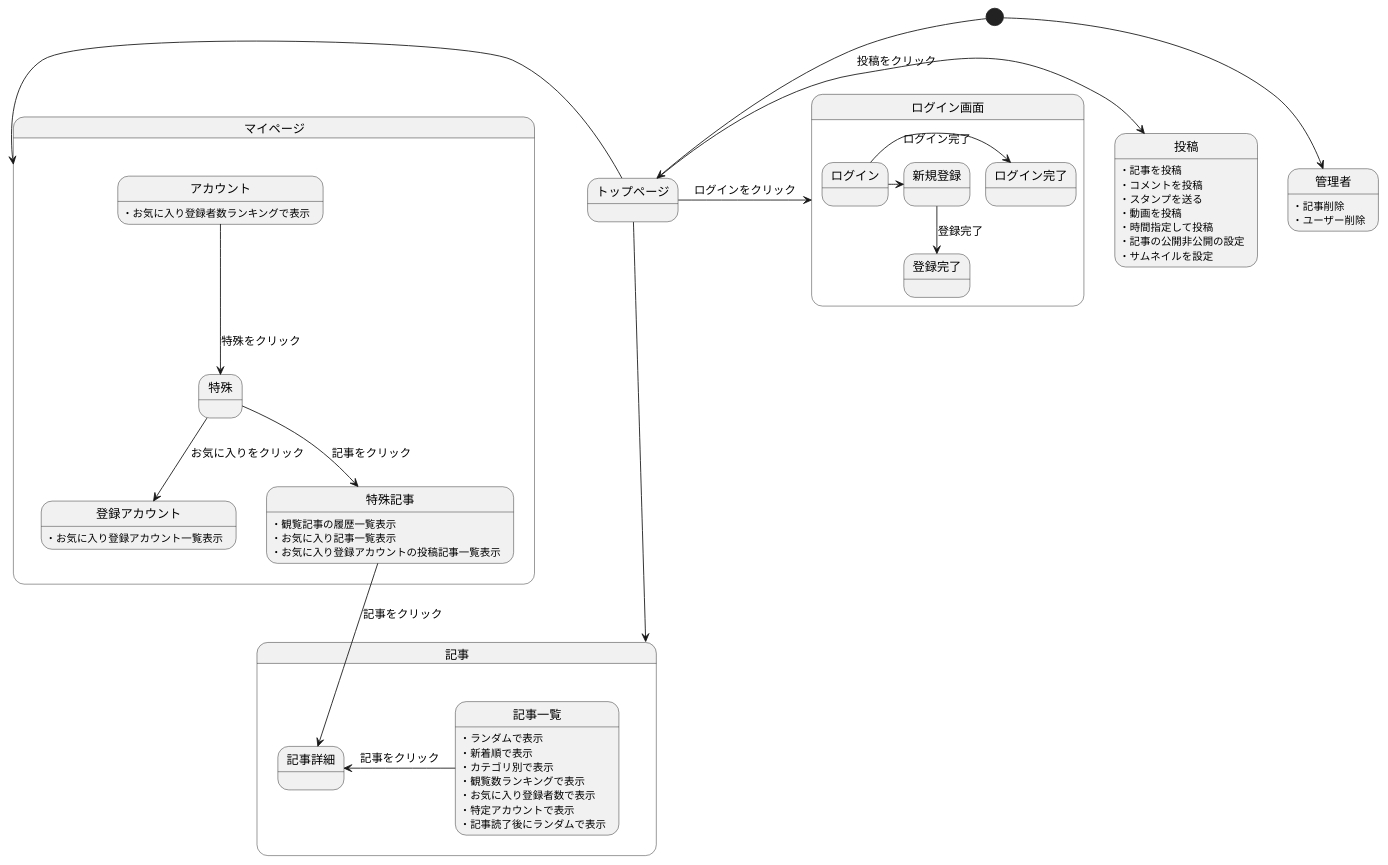
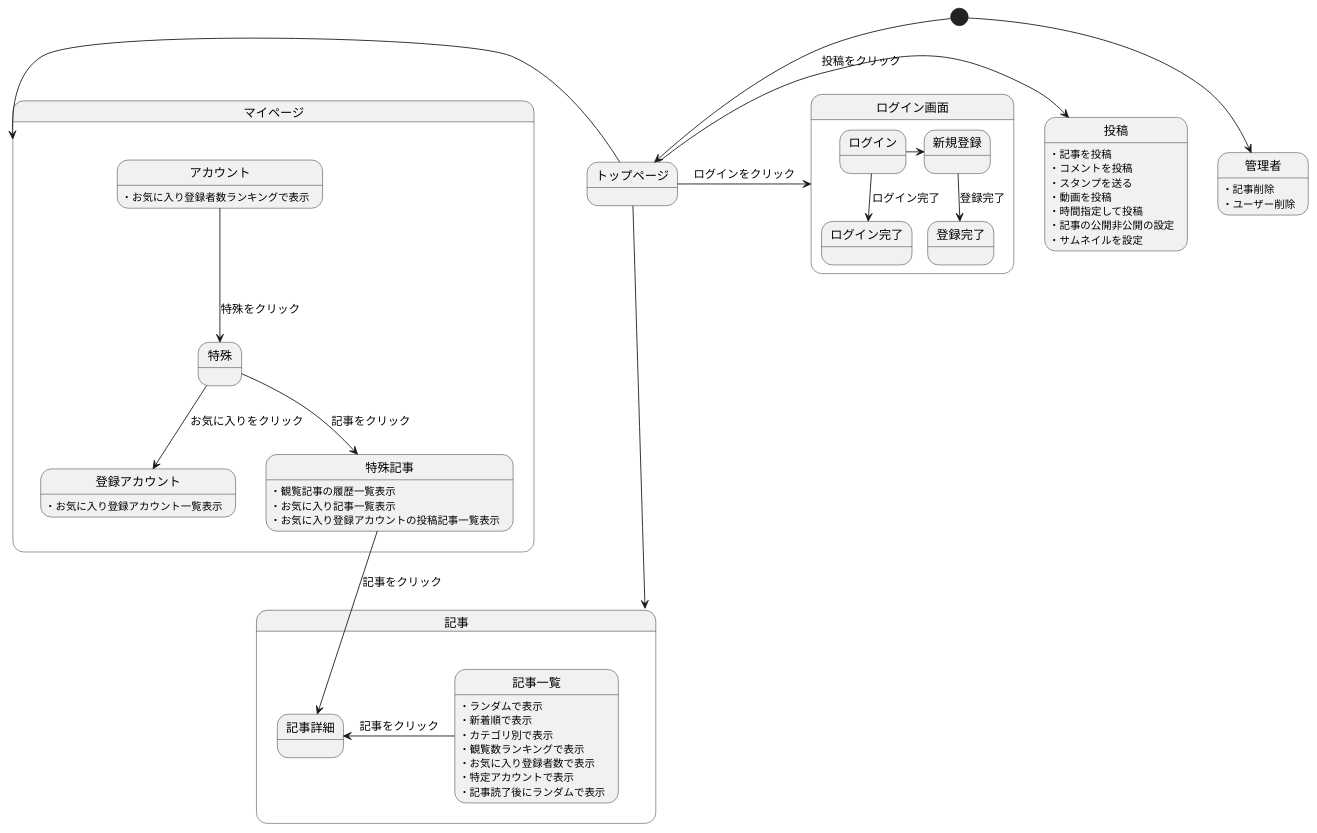
One commit to Aso2001001/2022System changed the diagram in 後期画面遷移.md. Above: the diagram before and after it, drawn with PlantUML.

````diff
--- a/後期画面遷移.md
+++ b/後期画面遷移.md
@@ -1,64 +1,64 @@
 ```uml
 @startuml
 [*] --> トップページ
 
 
 トップページ -down-> 記事
 トップページ -left-> マイページ
 トップページ -> 投稿 : 投稿をクリック
 投稿:・記事を投稿
 投稿:・コメントを投稿
 投稿:・スタンプを送る
 投稿:・動画を投稿
 投稿:・時間指定して投稿
 投稿:・記事の公開非公開の設定
 投稿:・サムネイルを設定
 
 トップページ -> ログイン画面 : ログインをクリック
 
 
 state ログイン画面{
-ログイン -> ログイン完了 : ログイン完了
 ログイン -> 新規登録
+ログイン -down-> ログイン完了 : ログイン完了
 新規登録 -down-> 登録完了 : 登録完了
 }
 
 
 state 記事{
 記事一覧 -left-> 記事詳細 : 記事をクリック
 
 
 記事一覧:・ランダムで表示
 記事一覧:・新着順で表示
 記事一覧:・カテゴリ別で表示
 記事一覧:・観覧数ランキングで表示
 記事一覧:・お気に入り登録者数で表示
 記事一覧:・特定アカウントで表示
 記事一覧:・記事読了後にランダムで表示
 
 }
 
 state マイページ{
 
 アカウント -down-> 特殊 : 特殊をクリック
 特殊 -down-> 登録アカウント :お気に入りをクリック
 特殊 -down-> 特殊記事 :記事をクリック
 特殊記事 -down-> 記事詳細 :記事をクリック
 
 アカウント:・お気に入り登録者数ランキングで表示
 
 特殊記事:・観覧記事の履歴一覧表示
 特殊記事:・お気に入り記事一覧表示
 登録アカウント:・お気に入り登録アカウント一覧表示
 特殊記事:・お気に入り登録アカウントの投稿記事一覧表示
 
 }
 
 
 [*] --> 管理者
 管理者:・記事削除
 管理者:・ユーザー削除
 
 
 @enduml
 ```
````
